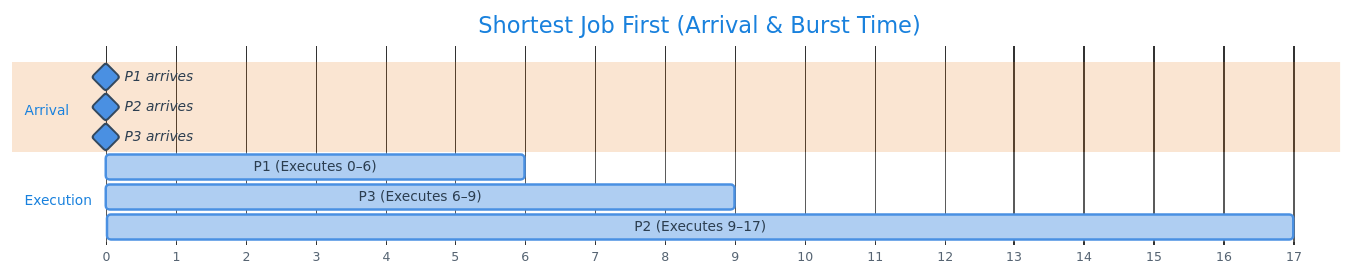
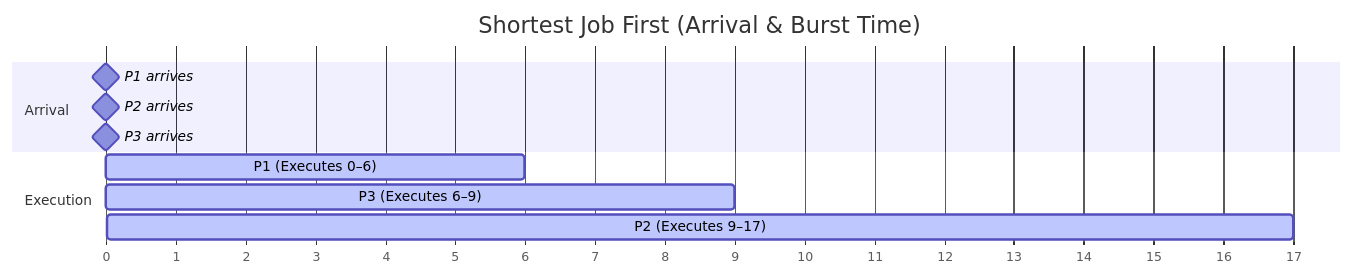
One commit to ajwadmohtasim/nulltsuki changed the third of 8 diagrams in content/Operating Systems/CPU Scheduling.md. Above: the diagram before and after it, drawn with Mermaid. The commit also changed other lines of this file and 39 other files, not shown here.

````diff
--- a/content/Operating Systems/CPU Scheduling.md
+++ b/content/Operating Systems/CPU Scheduling.md
@@ -434,18 +414,18 @@
 ```mermaid
-%%{init: {'theme':'base', 'themeVariables': {'primaryColor':'#4A90E2','primaryTextColor':'#2C3E50','primaryBorderColor':'#34495E','lineColor':'#7F8C8D','secondaryColor':'#5CB85C','tertiaryColor':'#E67E22','background':'#ECF0F1','mainBkg':'#BDC3C7','secondBkg':'#95A5A6','textColor':'#2C3E50','fontSize':'14px'}}}%%
+
 gantt
     title Shortest Job First (Arrival & Burst Time)
     dateFormat  X
     axisFormat  %s
     tickInterval 1
 
     section Arrival
     P1 arrives :milestone, a1, 0, 0
     P2 arrives :milestone, a2, 4, 0
     P3 arrives :milestone, a3, 8, 0
 
     section Execution
     P1 (Executes 0–6) :active, p1, 0, 6
     P3 (Executes 6–9) :active, p3, 6, 9
     P2 (Executes 9–17) :active, p2, 9, 17
 ```
````
